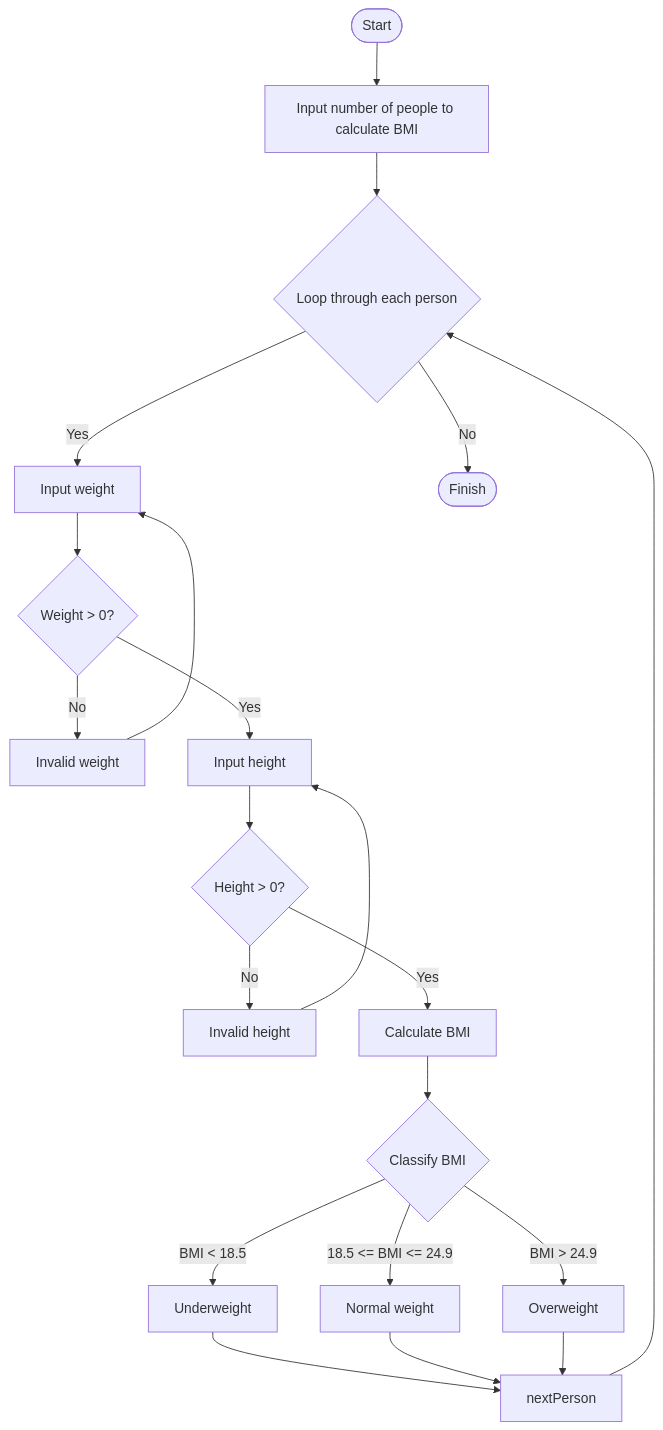
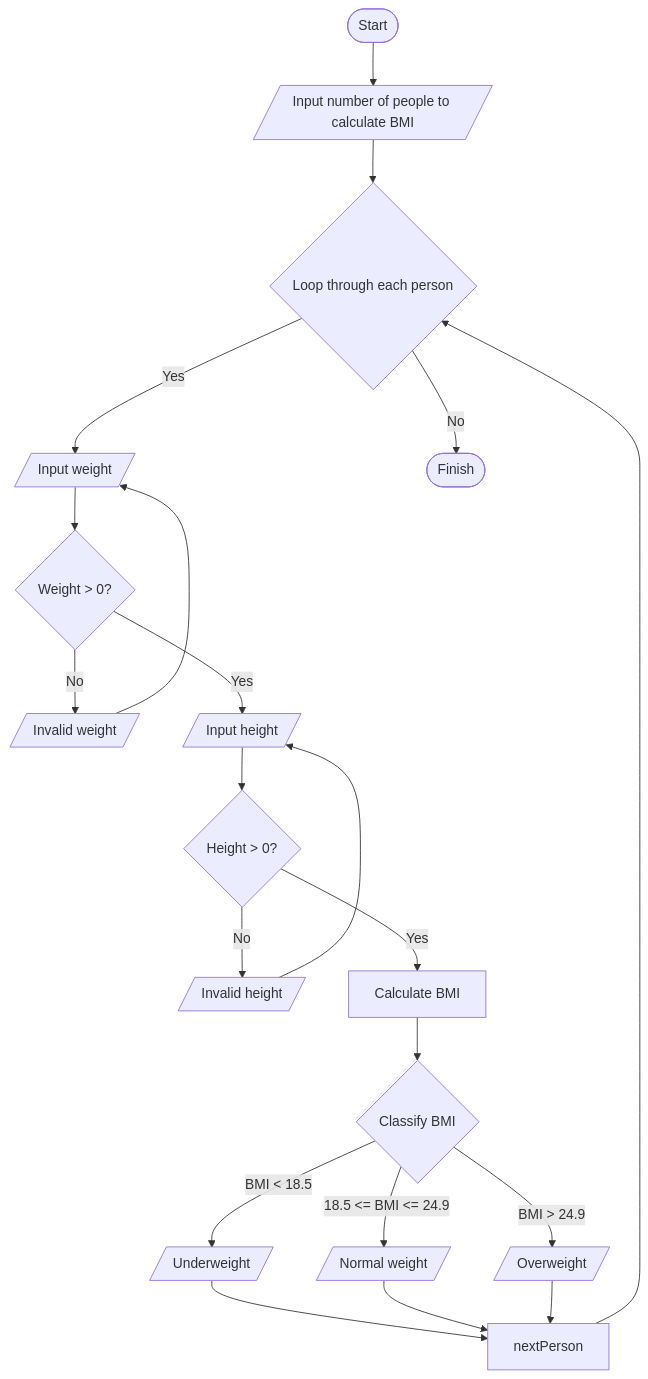
One commit to SWEG-2016EC-Batch/Technocrat changed the diagram in ETS_1414_yared_kassu/BMI.md. Above: the diagram before and after it, drawn with Mermaid.

````diff
--- a/ETS_1414_yared_kassu/BMI.md
+++ b/ETS_1414_yared_kassu/BMI.md
@@ -33,23 +33,23 @@
 ```mermaid
 flowchart TD
-    start([Start]) --> inputNum[Input number of people to calculate BMI]
+
+    start([Start]) --> inputNum[/Input number of people to calculate BMI/]
     inputNum --> loopStart{Loop through each person}
-    loopStart -->|Yes| inputWeight[Input weight]
+    loopStart -->|Yes| inputWeight[/Input weight/]
     inputWeight --> validateWeight{Weight > 0?}
-    validateWeight -->|No| weightError[Invalid weight] --> inputWeight
-    validateWeight -->|Yes| inputHeight[Input height]
+    validateWeight -->|No| weightError[/Invalid weight/] --> inputWeight
+    validateWeight -->|Yes| inputHeight[/Input height/]
     inputHeight --> validateHeight{Height > 0?}
-    validateHeight -->|No| heightError[Invalid height] --> inputHeight
+    validateHeight -->|No| heightError[/Invalid height/] --> inputHeight
     validateHeight -->|Yes| calculateBMI[Calculate BMI]
     calculateBMI --> classifyBMI{Classify BMI}
-    classifyBMI -->|BMI < 18.5| underweight[Underweight]
-    classifyBMI -->|18.5 <= BMI <= 24.9| normal[Normal weight]
-    classifyBMI -->|BMI > 24.9| overweight[Overweight]
+    classifyBMI -->|BMI < 18.5| underweight[/Underweight/]
+    classifyBMI -->|18.5 <= BMI <= 24.9| normal[/Normal weight/]
+    classifyBMI -->|BMI > 24.9| overweight[/Overweight/]
     underweight --> nextPerson
     normal --> nextPerson
     overweight --> nextPerson
     nextPerson --> loopStart
     loopStart -->|No| finish([Finish])
 
-
 ```  
````
